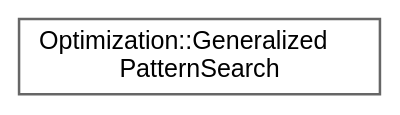
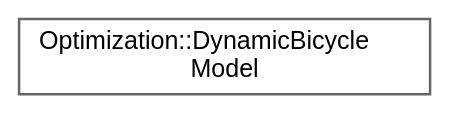
Before and after one commit to jswoo0615/Algorithms_for_Optimization_cpp: the diagram in inherit_graph_22.dot, drawn with Graphviz. The commit also changed 121 other files, not shown here.

```diff
--- a/inherit_graph_22.dot
+++ b/inherit_graph_22.dot
@@ -1,9 +1,9 @@
 digraph "Graphical Class Hierarchy"
 {
  // LATEX_PDF_SIZE
   bgcolor="transparent";
   edge [fontname=Helvetica,fontsize=10,labelfontname=Helvetica,labelfontsize=10];
   node [fontname=Helvetica,fontsize=10,shape=box,height=0.2,width=0.4];
   rankdir="LR";
-  Node0 [id="Node000000",label="Optimization::Generalized\lPatternSearch",height=0.2,width=0.4,color="grey40", fillcolor="white", style="filled",URL="$classOptimization_1_1GeneralizedPatternSearch.html",tooltip="Generalized Pattern Search (일반화된 패턴 탐색) 알고리즘"];
+  Node0 [id="Node000000",label="Optimization::DynamicBicycle\lModel",height=0.2,width=0.4,color="grey40", fillcolor="white", style="filled",URL="$classOptimization_1_1DynamicBicycleModel.html",tooltip=" "];
 }
```
